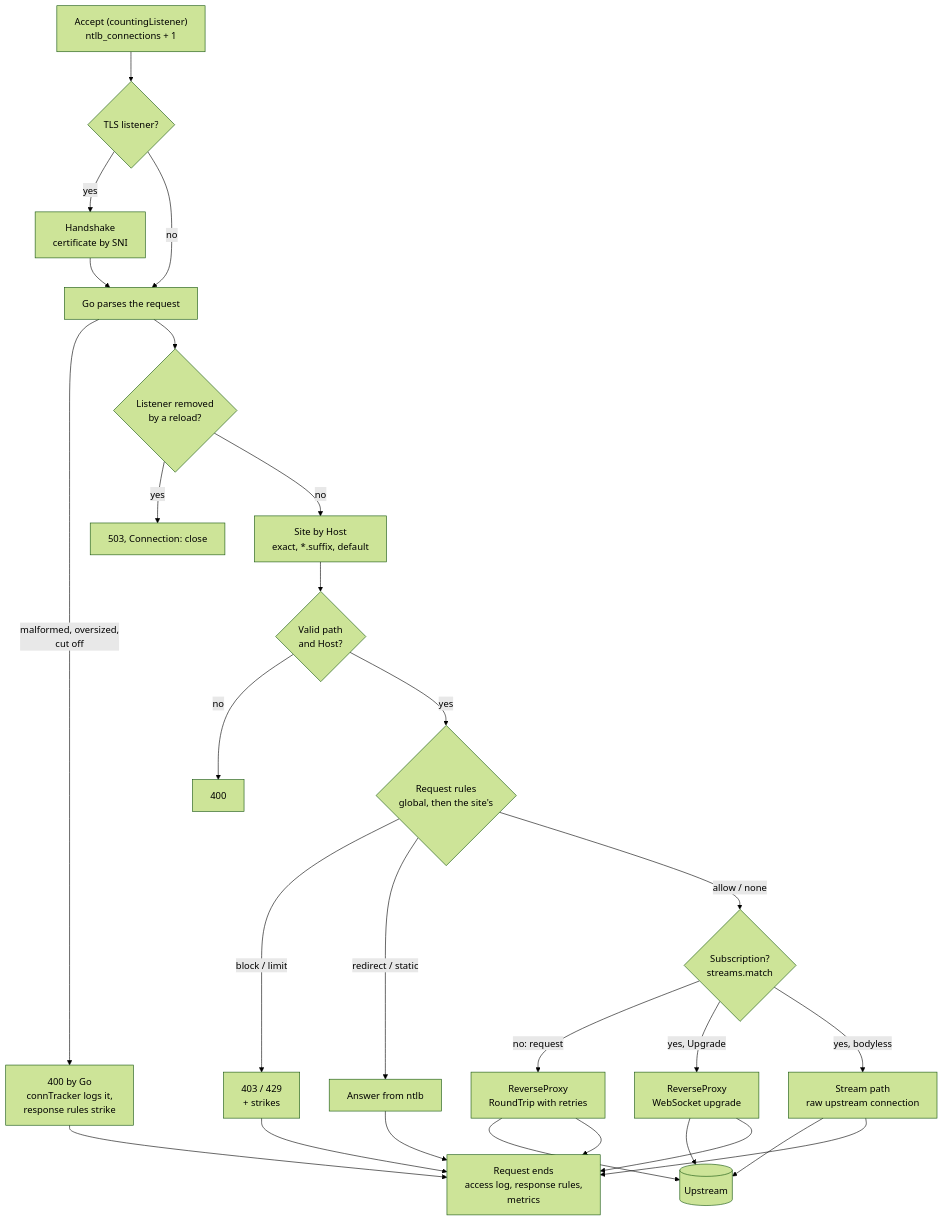
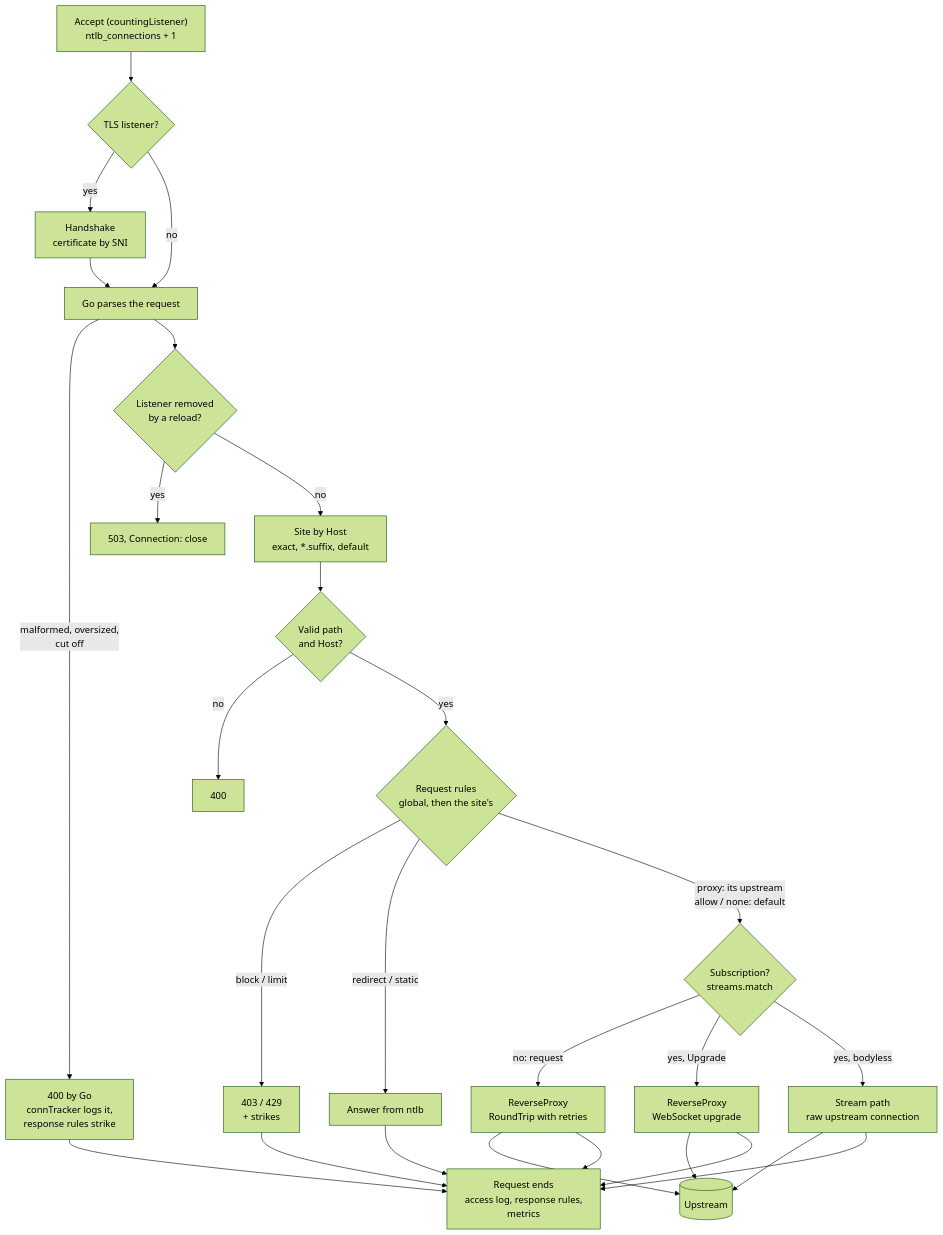
One commit to binwiederhier/ntlb changed the third of 16 diagrams in docs/architecture.md. Above: the diagram before and after it, drawn with Mermaid (forest theme). The commit also changed other lines of this file and 3 other files, not shown here.

Commit message:
Add a code walkthrough, update the architecture docs for pools, proxy rules and 429

````diff
--- a/docs/architecture.md
+++ b/docs/architecture.md
@@ -121,28 +122,28 @@
 ```mermaid
 flowchart TD
     accept["Accept (countingListener)<br/>ntlb_connections + 1"] --> tls{"TLS listener?"}
     tls -- yes --> sni["Handshake<br/>certificate by SNI"] --> parse
     tls -- no --> parse["Go parses the request"]
     parse -- "malformed, oversized,<br/>cut off" --> bad["400 by Go<br/>connTracker logs it,<br/>response rules strike"]
     parse --> retired{"Listener removed<br/>by a reload?"}
     retired -- yes --> r503["503, Connection: close"]
     retired -- no --> site["Site by Host<br/>exact, *.suffix, default"]
     site --> valid{"Valid path<br/>and Host?"}
     valid -- no --> v400["400"]
     valid -- yes --> rules{"Request rules<br/>global, then the site's"}
     rules -- "block / limit" --> deny["403 / 429<br/>+ strikes"]
     rules -- "redirect / static" --> serve["Answer from ntlb"]
-    rules -- "allow / none" --> kind{"Subscription?<br/>streams.match"}
+    rules -- "proxy: its upstream<br/>allow / none: default" --> kind{"Subscription?<br/>streams.match"}
     kind -- "no: request" --> rp["ReverseProxy<br/>RoundTrip with retries"]
     kind -- "yes, Upgrade" --> ws["ReverseProxy<br/>WebSocket upgrade"]
     kind -- "yes, bodyless" --> sp["Stream path<br/>raw upstream connection"]
     rp --> up[("Upstream")]
     ws --> up
     sp --> up
     deny --> done
     serve --> done
     rp --> done["Request ends<br/>access log, response rules,<br/>metrics"]
     ws --> done
     sp --> done
     bad --> done
 ```
````
